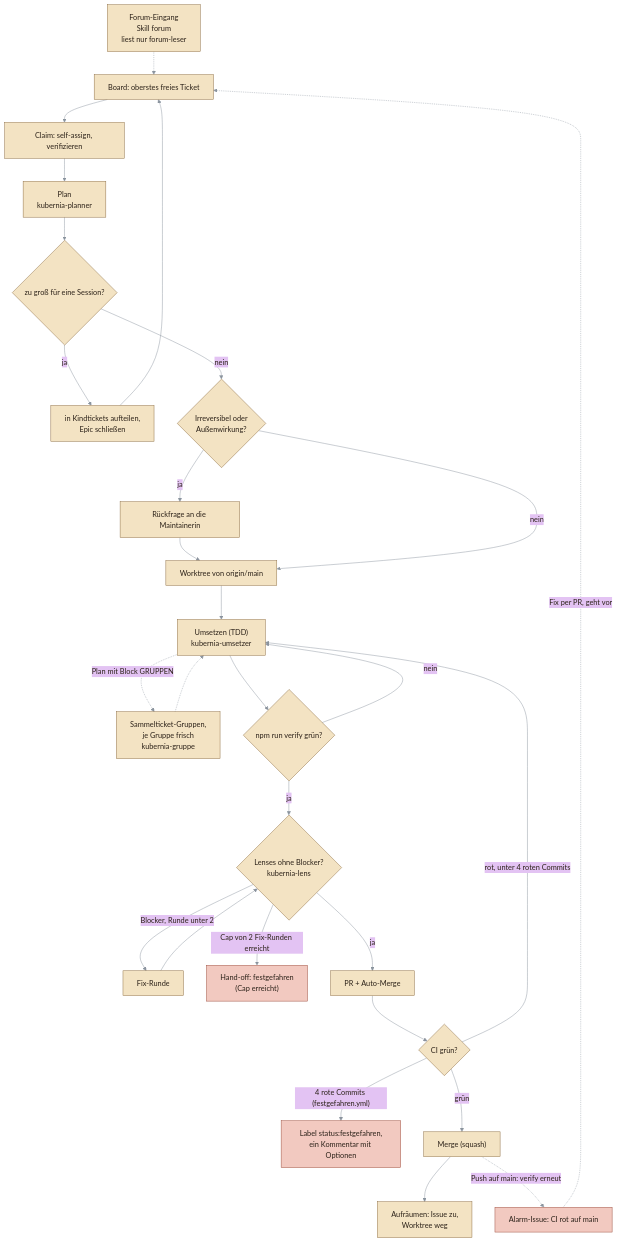
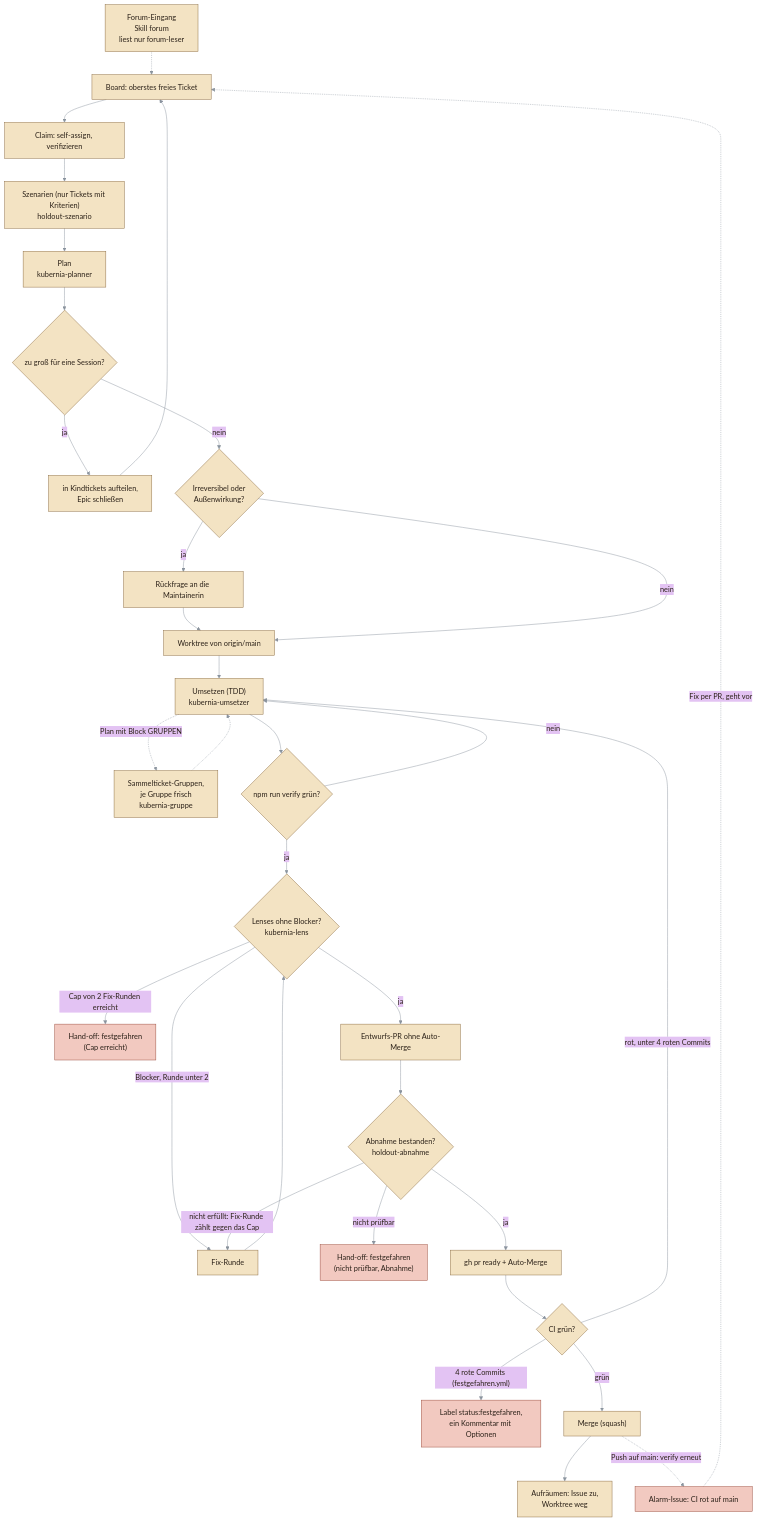
Before and after one commit to fluffels/kubernia: the first of 3 diagrams in README.md, drawn with Mermaid. The commit also changed other lines of this file and 19 other files, not shown here.

First line of the commit message:
feat(harness): Holdout-Abnahme 2/4, Szenario- und Abnahme-Agent im Ablauf (#1754) (#1784)

````diff
--- a/README.md
+++ b/README.md
@@ -42,61 +42,68 @@
 ```mermaid
 ---
 config:
   theme: base
   look: classic
   layout: dagre
   themeVariables:
     lineColor: "#8b949e"
     primaryColor: "#f3e3c3"
     primaryTextColor: "#2b2118"
     primaryBorderColor: "#8a6a3f"
 ---
 flowchart TD
   board["Board: oberstes freies Ticket"]
   claim["Claim: self-assign, verifizieren"]
   wt["Worktree von origin/main"]
+  szen["Szenarien (nur Tickets mit Kriterien)<br/>holdout-szenario"]
   plan["Plan<br/>kubernia-planner"]
   epic{"zu groß für eine Session?"}
   kinder["in Kindtickets aufteilen,<br/>Epic schließen"]
   pre{"Irreversibel oder<br/>Außenwirkung?"}
   frage["Rückfrage an die Maintainerin"]
   umsetzen["Umsetzen (TDD)<br/>kubernia-umsetzer"]
   gruppen["Sammelticket-Gruppen,<br/>je Gruppe frisch<br/>kubernia-gruppe"]
   verify{"npm run verify grün?"}
   lenses{"Lenses ohne Blocker?<br/>kubernia-lens"}
   fix["Fix-Runde"]
   handoff["Hand-off: festgefahren<br/>(Cap erreicht)"]
-  pr["PR + Auto-Merge"]
+  entwurf["Entwurfs-PR ohne Auto-Merge"]
+  abnahme{"Abnahme bestanden?<br/>holdout-abnahme"}
+  handoff2["Hand-off: festgefahren<br/>(nicht prüfbar, Abnahme)"]
+  pr["gh pr ready + Auto-Merge"]
   ci{"CI grün?"}
   fest["Label status:festgefahren,<br/>ein Kommentar mit Optionen"]
   merge["Merge (squash)"]
   cleanup["Aufräumen: Issue zu,<br/>Worktree weg"]
   alarm["Alarm-Issue: CI rot auf main"]
   forum["Forum-Eingang<br/>Skill forum<br/>liest nur forum-leser"]
 
-  board --> claim --> plan --> epic
+  board --> claim --> szen --> plan --> epic
   epic -- ja --> kinder --> board
   epic -- nein --> pre
   pre -- ja --> frage --> wt
   pre -- nein --> wt
   wt --> umsetzen
   umsetzen --> verify
   umsetzen -.->|"Plan mit Block GRUPPEN"| gruppen -.-> umsetzen
   verify -- nein --> umsetzen
   verify -- ja --> lenses
   lenses -- "Blocker, Runde unter 2" --> fix --> lenses
   lenses -- "Cap von 2 Fix-Runden erreicht" --> handoff
-  lenses -- ja --> pr
+  lenses -- ja --> entwurf --> abnahme
+  abnahme -- "nicht erfüllt: Fix-Runde zählt gegen das Cap" --> fix
+  abnahme -- "nicht prüfbar" --> handoff2
+  abnahme -- ja --> pr
   pr --> ci
   ci -- "rot, unter 4 roten Commits" --> umsetzen
   ci -- "4 rote Commits (festgefahren.yml)" --> fest
   ci -- grün --> merge --> cleanup
   merge -.->|"Push auf main: verify erneut"| alarm
   alarm -.->|"Fix per PR, geht vor"| board
   forum -.-> board
 
   classDef schleife fill:#f3e3c3,stroke:#8a6a3f,color:#2b2118
   classDef stopp fill:#f2c9c0,stroke:#9a4a3a,color:#2b2118
-  class verify,lenses,ci schleife
-  class handoff,fest,alarm stopp
+  class verify,lenses,abnahme,ci schleife
+  class handoff,handoff2,fest,alarm stopp
 ```
````
